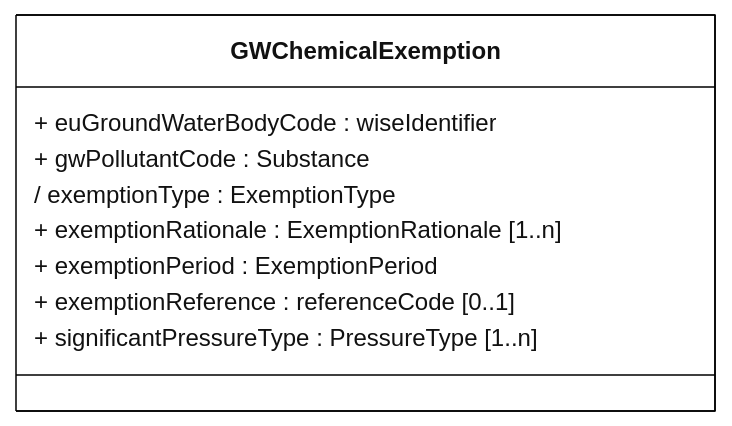
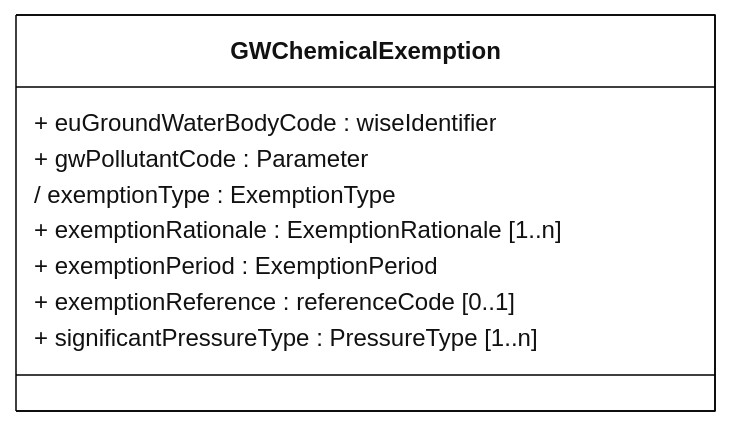
The diagram in docs/DataModelReview/mmd/Exemptions_4thCycle_GWChemicalExemption_ClassDiagram.mmd (eeadata/WISE.WFD.Documentation), drawn with Mermaid before and after one commit. The commit also changed 5 other files, not shown here.

```diff
--- a/docs/DataModelReview/mmd/Exemptions_4thCycle_GWChemicalExemption_ClassDiagram.mmd
+++ b/docs/DataModelReview/mmd/Exemptions_4thCycle_GWChemicalExemption_ClassDiagram.mmd
@@ -1,20 +1,20 @@
 ---
 config:
   class:
     hideEmptyMembersBox: true
   layout: dagre
   theme: neutral
 ---
 classDiagram
 class GWChemicalExemption{
 	+ euGroundWaterBodyCode : wiseIdentifier
-	+ gwPollutantCode : Substance
+	+ gwPollutantCode : Parameter
 	/ exemptionType : ExemptionType
 	+ exemptionRationale : ExemptionRationale [1..n]
 	+ exemptionPeriod : ExemptionPeriod
 	+ exemptionReference : referenceCode [0..1]
 	+ significantPressureType : PressureType [1..n]
 }
 
 classDef default fill:white,stroke:#000;
 classDef forFixing fill:white,stroke:#f00;
```
